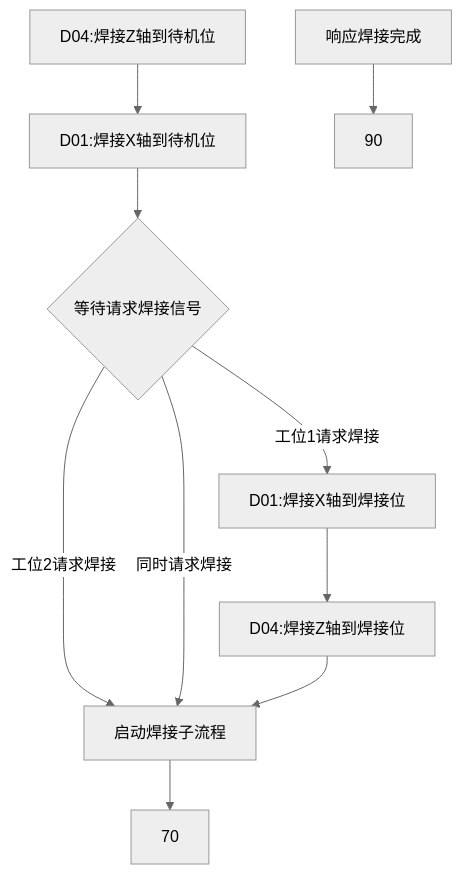
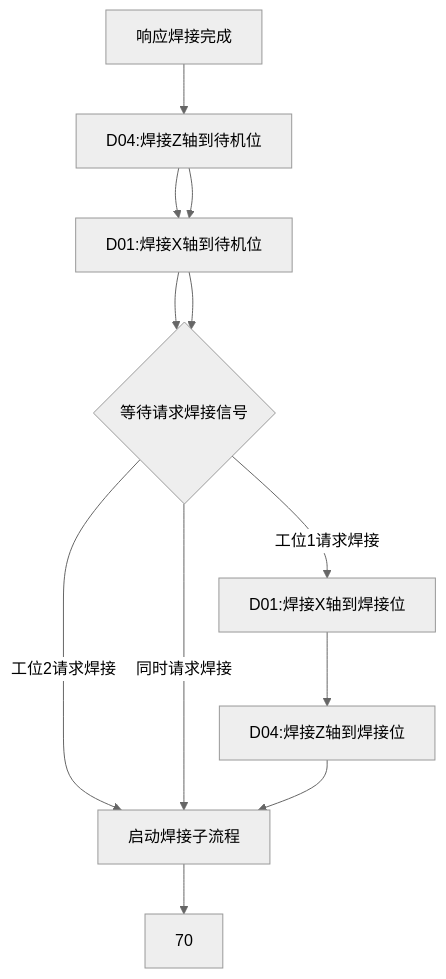
The diagram in all/OP10焊接工位自动流程.md (PengKun1/iodraw-files), drawn with Mermaid (neutral theme) before and after one commit.

Commit message:
2024-08-06 16:57:47 update

````diff
--- a/all/OP10焊接工位自动流程.md
+++ b/all/OP10焊接工位自动流程.md
@@ -1,12 +1,14 @@
 ```mermaid
 graph TD
 10[D04:焊接Z轴到待机位]-->20
 20[D01:焊接X轴到待机位]-->30
 30{等待请求焊接信号}-->|工位1请求焊接|40
 30-->|工位2请求焊接|60
 30-->|同时请求焊接|60
 40[D01:焊接X轴到焊接位]-->50
 50[D04:焊接Z轴到焊接位]-->60
 60[启动焊接子流程]-->70
-80[响应焊接完成]-->90
+10[D04:焊接Z轴到待机位]-->20
+20[D01:焊接X轴到待机位]-->30
+80[响应焊接完成]-->10
 ```
````
